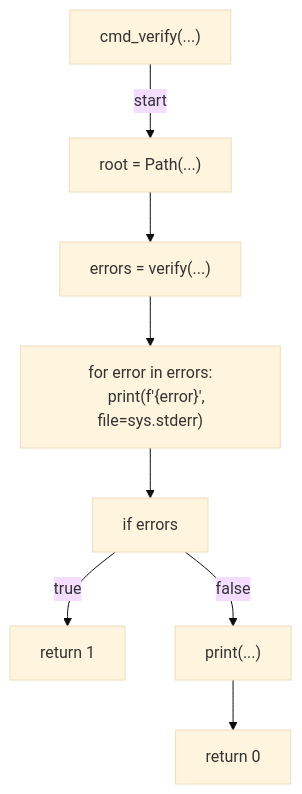
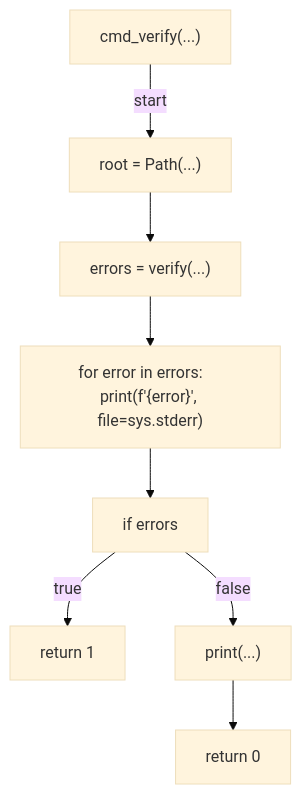
Before and after one commit to tvna/claude-md: the eighth of 10 diagrams in docs/generated/scripts/ast/scan_secret_runbooks.md, drawn with Mermaid (base theme). The commit also changed other lines of this file and 23 other files, not shown here.

First line of the commit message:
docs(generated): regenerate decision tree and workflow diagrams (batch 4/5)

````diff
--- a/docs/generated/scripts/ast/scan_secret_runbooks.md
+++ b/docs/generated/scripts/ast/scan_secret_runbooks.md
@@ -112,19 +100,18 @@
 ```mermaid
 flowchart TD
     N001["cmd_verify(...)"]
     N002["root = Path(...)"]
     N003["errors = verify(...)"]
-    N004["for error in errors:
-    print(f'<str>{error}', file=sys.stderr)"]
+    N004["for error in errors:     print(f'<str>{error}', file=sys.stderr)"]
     N005["if errors"]
     N006["return 1"]
     N007["print(...)"]
     N008["return 0"]
     N001 -->|"start"| N002
     N002 --> N003
     N003 --> N004
     N004 --> N005
     N005 -->|"true"| N006
     N005 -->|"false"| N007
     N007 --> N008
 ```
````
